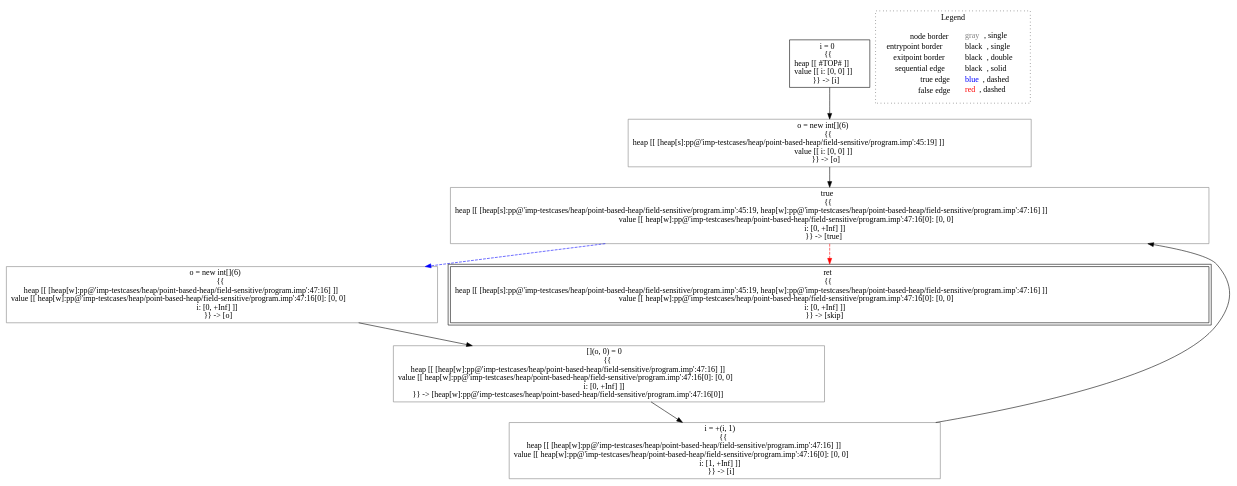
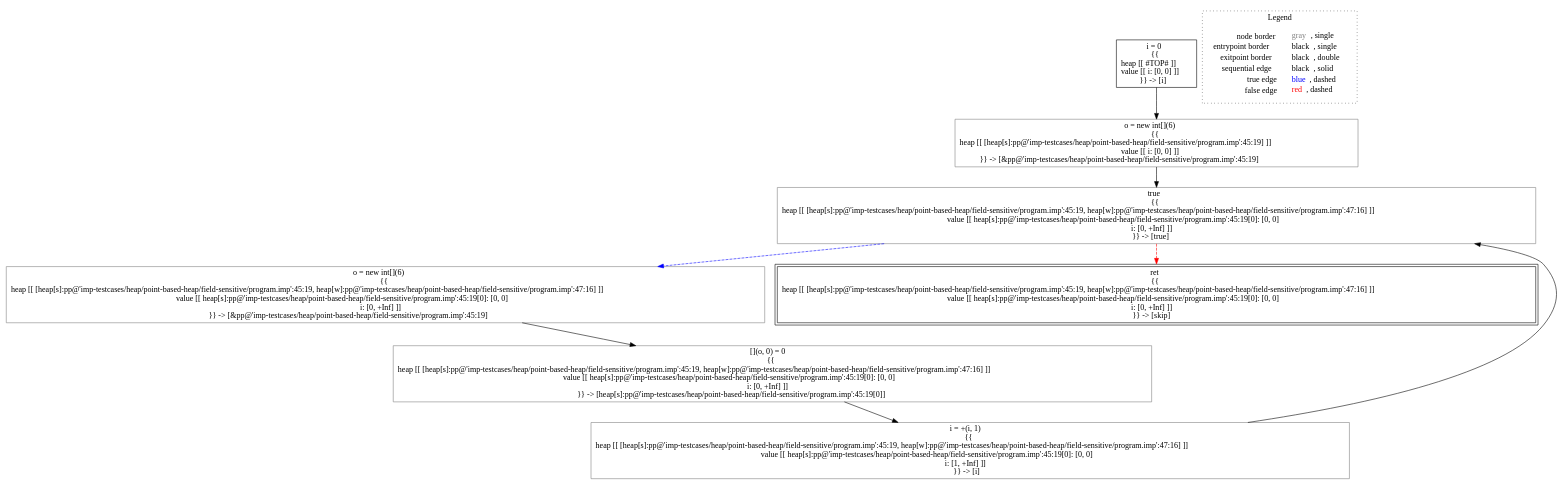
Before and after one commit to lisa-analyzer/lisa: the diagram in lisa/imp-testcases/heap/point-based-heap/field-sensitive/analysis___untyped_A.f5(A_this).dot, drawn with Graphviz. The commit also changed 15 other files, not shown here.

Commit message:
#95 refactoring, simplified point based analysis

```diff
--- a/lisa/imp-testcases/heap/point-based-heap/field-sensitive/analysis___untyped_A.f5(A_this).dot
+++ b/lisa/imp-testcases/heap/point-based-heap/field-sensitive/analysis___untyped_A.f5(A_this).dot
@@ -1,23 +1,23 @@
 digraph {
 	"node0" [shape="rect",color="black",label=<i = 0<BR/>{{<BR/>heap [[ #TOP# ]]<BR/>value [[ i: [0, 0] ]]<BR/>}} -&gt; [i]>];
-	"node1" [shape="rect",color="gray",label=<true<BR/>{{<BR/>heap [[ [heap[s]:pp@'imp-testcases/heap/point-based-heap/field-sensitive/program.imp':45:19, heap[w]:pp@'imp-testcases/heap/point-based-heap/field-sensitive/program.imp':47:16] ]]<BR/>value [[ heap[w]:pp@'imp-testcases/heap/point-based-heap/field-sensitive/program.imp':47:16[0]: [0, 0]<BR/>i: [0, +Inf] ]]<BR/>}} -&gt; [true]>];
-	"node2" [shape="rect",color="gray",label=<i = +(i, 1)<BR/>{{<BR/>heap [[ [heap[w]:pp@'imp-testcases/heap/point-based-heap/field-sensitive/program.imp':47:16] ]]<BR/>value [[ heap[w]:pp@'imp-testcases/heap/point-based-heap/field-sensitive/program.imp':47:16[0]: [0, 0]<BR/>i: [1, +Inf] ]]<BR/>}} -&gt; [i]>];
-	"node3" [shape="rect",color="gray",label=<[](o, 0) = 0<BR/>{{<BR/>heap [[ [heap[w]:pp@'imp-testcases/heap/point-based-heap/field-sensitive/program.imp':47:16] ]]<BR/>value [[ heap[w]:pp@'imp-testcases/heap/point-based-heap/field-sensitive/program.imp':47:16[0]: [0, 0]<BR/>i: [0, +Inf] ]]<BR/>}} -&gt; [heap[w]:pp@'imp-testcases/heap/point-based-heap/field-sensitive/program.imp':47:16[0]]>];
-	"node4" [shape="rect",color="gray",label=<o = new int[](6)<BR/>{{<BR/>heap [[ [heap[w]:pp@'imp-testcases/heap/point-based-heap/field-sensitive/program.imp':47:16] ]]<BR/>value [[ heap[w]:pp@'imp-testcases/heap/point-based-heap/field-sensitive/program.imp':47:16[0]: [0, 0]<BR/>i: [0, +Inf] ]]<BR/>}} -&gt; [o]>];
-	"node5" [shape="rect",color="gray",label=<o = new int[](6)<BR/>{{<BR/>heap [[ [heap[s]:pp@'imp-testcases/heap/point-based-heap/field-sensitive/program.imp':45:19] ]]<BR/>value [[ i: [0, 0] ]]<BR/>}} -&gt; [o]>];
-	"node6" [shape="rect",color="black",peripheries="2",label=<ret<BR/>{{<BR/>heap [[ [heap[s]:pp@'imp-testcases/heap/point-based-heap/field-sensitive/program.imp':45:19, heap[w]:pp@'imp-testcases/heap/point-based-heap/field-sensitive/program.imp':47:16] ]]<BR/>value [[ heap[w]:pp@'imp-testcases/heap/point-based-heap/field-sensitive/program.imp':47:16[0]: [0, 0]<BR/>i: [0, +Inf] ]]<BR/>}} -&gt; [skip]>];
+	"node1" [shape="rect",color="gray",label=<true<BR/>{{<BR/>heap [[ [heap[s]:pp@'imp-testcases/heap/point-based-heap/field-sensitive/program.imp':45:19, heap[w]:pp@'imp-testcases/heap/point-based-heap/field-sensitive/program.imp':47:16] ]]<BR/>value [[ heap[s]:pp@'imp-testcases/heap/point-based-heap/field-sensitive/program.imp':45:19[0]: [0, 0]<BR/>i: [0, +Inf] ]]<BR/>}} -&gt; [true]>];
+	"node2" [shape="rect",color="gray",label=<i = +(i, 1)<BR/>{{<BR/>heap [[ [heap[s]:pp@'imp-testcases/heap/point-based-heap/field-sensitive/program.imp':45:19, heap[w]:pp@'imp-testcases/heap/point-based-heap/field-sensitive/program.imp':47:16] ]]<BR/>value [[ heap[s]:pp@'imp-testcases/heap/point-based-heap/field-sensitive/program.imp':45:19[0]: [0, 0]<BR/>i: [1, +Inf] ]]<BR/>}} -&gt; [i]>];
+	"node3" [shape="rect",color="gray",label=<[](o, 0) = 0<BR/>{{<BR/>heap [[ [heap[s]:pp@'imp-testcases/heap/point-based-heap/field-sensitive/program.imp':45:19, heap[w]:pp@'imp-testcases/heap/point-based-heap/field-sensitive/program.imp':47:16] ]]<BR/>value [[ heap[s]:pp@'imp-testcases/heap/point-based-heap/field-sensitive/program.imp':45:19[0]: [0, 0]<BR/>i: [0, +Inf] ]]<BR/>}} -&gt; [heap[s]:pp@'imp-testcases/heap/point-based-heap/field-sensitive/program.imp':45:19[0]]>];
+	"node4" [shape="rect",color="gray",label=<o = new int[](6)<BR/>{{<BR/>heap [[ [heap[s]:pp@'imp-testcases/heap/point-based-heap/field-sensitive/program.imp':45:19, heap[w]:pp@'imp-testcases/heap/point-based-heap/field-sensitive/program.imp':47:16] ]]<BR/>value [[ heap[s]:pp@'imp-testcases/heap/point-based-heap/field-sensitive/program.imp':45:19[0]: [0, 0]<BR/>i: [0, +Inf] ]]<BR/>}} -&gt; [&amp;pp@'imp-testcases/heap/point-based-heap/field-sensitive/program.imp':45:19]>];
+	"node5" [shape="rect",color="gray",label=<o = new int[](6)<BR/>{{<BR/>heap [[ [heap[s]:pp@'imp-testcases/heap/point-based-heap/field-sensitive/program.imp':45:19] ]]<BR/>value [[ i: [0, 0] ]]<BR/>}} -&gt; [&amp;pp@'imp-testcases/heap/point-based-heap/field-sensitive/program.imp':45:19]>];
+	"node6" [shape="rect",color="black",peripheries="2",label=<ret<BR/>{{<BR/>heap [[ [heap[s]:pp@'imp-testcases/heap/point-based-heap/field-sensitive/program.imp':45:19, heap[w]:pp@'imp-testcases/heap/point-based-heap/field-sensitive/program.imp':47:16] ]]<BR/>value [[ heap[s]:pp@'imp-testcases/heap/point-based-heap/field-sensitive/program.imp':45:19[0]: [0, 0]<BR/>i: [0, +Inf] ]]<BR/>}} -&gt; [skip]>];
+	"node0" -> "node5" [color="black"];
 	"node1" -> "node4" [color="blue",style="dashed"];
 	"node1" -> "node6" [color="red",style="dashed"];
 	"node2" -> "node1" [color="black"];
-	"node0" -> "node5" [color="black"];
 	"node3" -> "node2" [color="black"];
 	"node4" -> "node3" [color="black"];
 	"node5" -> "node1" [color="black"];
 subgraph cluster_legend {
 	label="Legend";
 	style=dotted;
 	node [shape=plaintext];
 	"legend" [label=<<table border="0" cellpadding="2" cellspacing="0" cellborder="0"><tr><td align="right">node border&nbsp;</td><td align="left"><font color="gray">gray</font>, single</td></tr><tr><td align="right">entrypoint border&nbsp;</td><td align="left"><font color="black">black</font>, single</td></tr><tr><td align="right">exitpoint border&nbsp;</td><td align="left"><font color="black">black</font>, double</td></tr><tr><td align="right">sequential edge&nbsp;</td><td align="left"><font color="black">black</font>, solid</td></tr><tr><td align="right">true edge&nbsp;</td><td align="left"><font color="blue">blue</font>, dashed</td></tr><tr><td align="right">false edge&nbsp;</td><td align="left"><font color="red">red</font>, dashed</td></tr></table>>];
 }
 
 }
```
